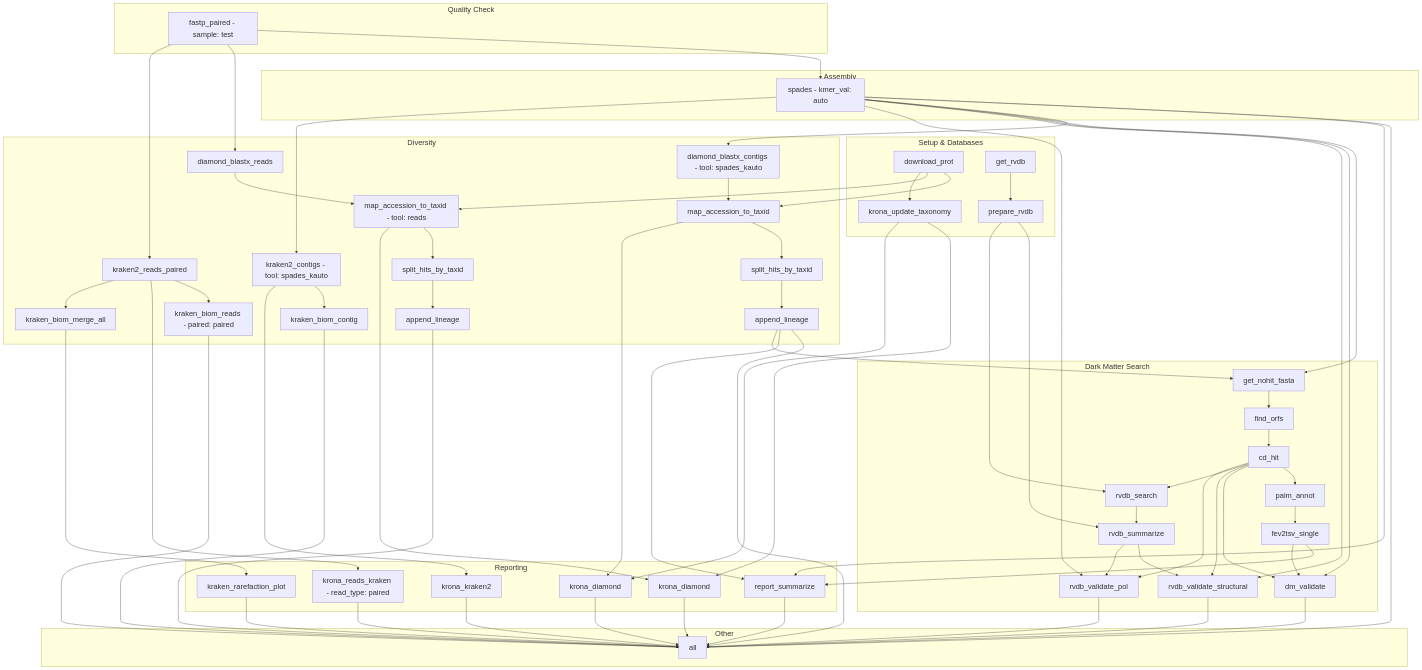
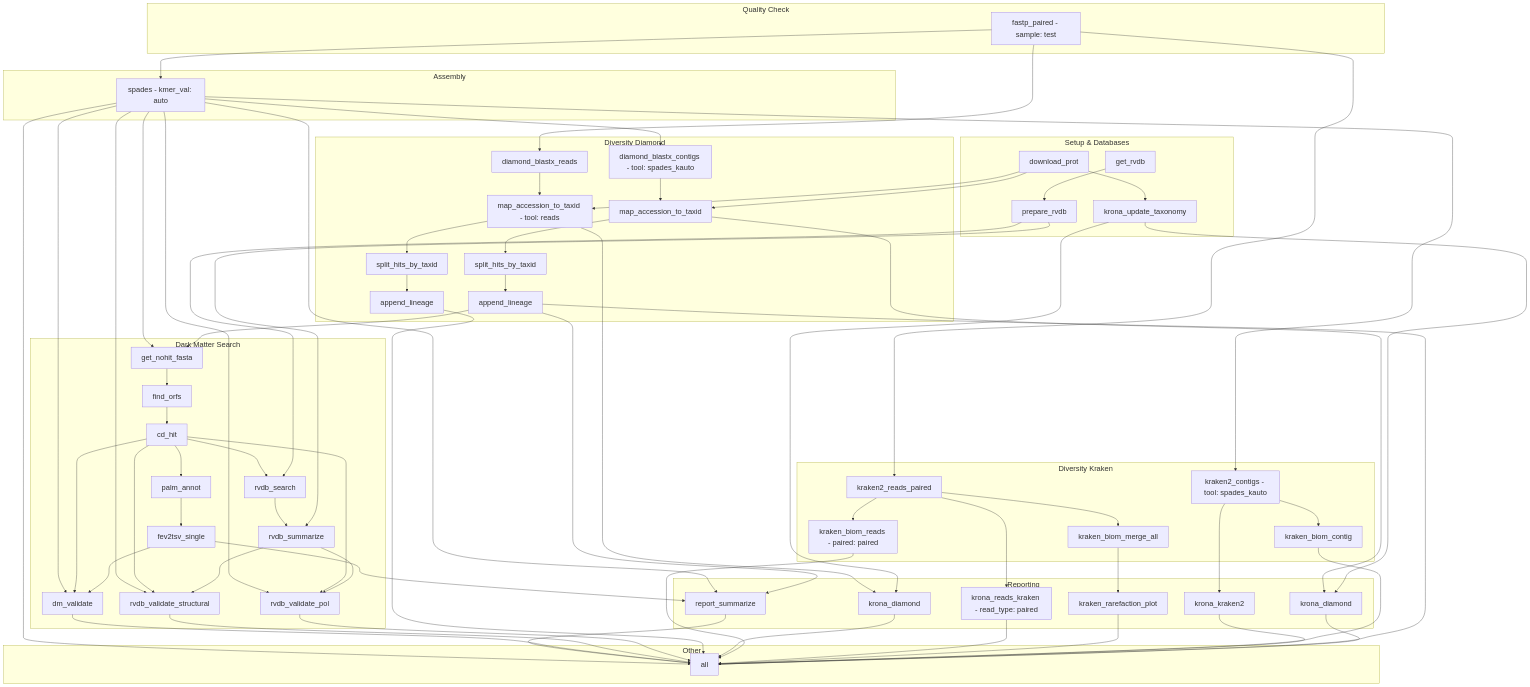
The diagram in Walkthrough.md (matheus-cosentino/NovaVir), drawn with Mermaid before and after one commit.

Commit message:
walkthough

```diff
--- a/Walkthrough.md
+++ b/Walkthrough.md
@@ -83,7 +83,7 @@
     subgraph Quality_Check ["Quality Check"]
         2["fastp_paired - sample: test"]
     end
-    subgraph Diversity ["Diversity"]
+    subgraph Diversity_Diamond ["Diversity Diamond"]
         4["append_lineage"]
         5["split_hits_by_taxid"]
         6["map_accession_to_taxid"]
@@ -92,6 +92,8 @@
         22["split_hits_by_taxid"]
         23["map_accession_to_taxid - tool: reads"]
         24["diamond_blastx_reads"]
+    end
+    subgraph Diversity_Kraken ["Diversity Kraken"]
         27["kraken_biom_reads - paired: paired"]
         28["kraken2_reads_paired"]
         31["kraken_biom_merge_all"]
```
